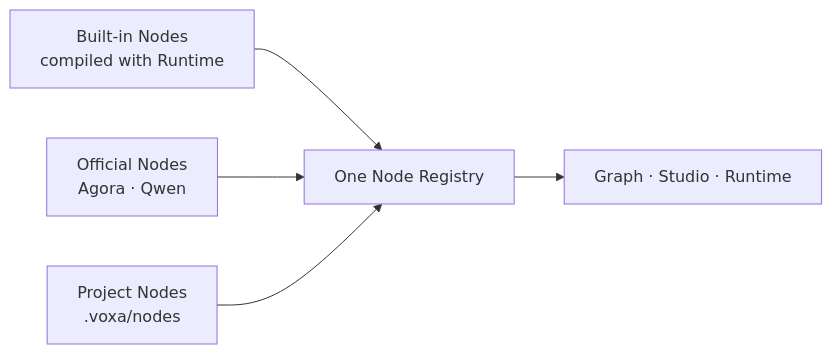
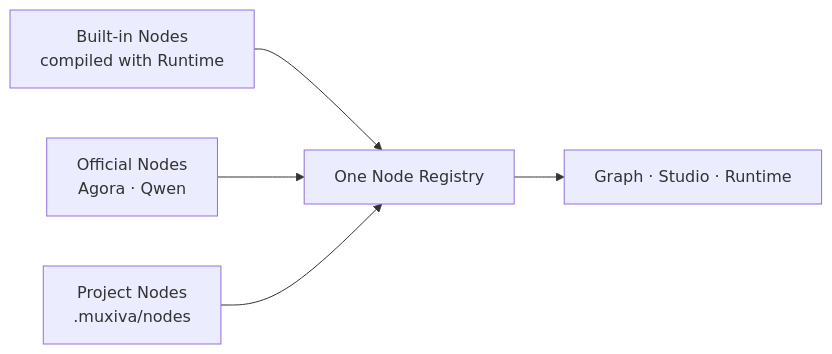
The diagram in docs/site/en/provider-architecture.md (PiyotaHu/Voxa), drawn with Mermaid before and after one commit. The commit also changed other lines of this file and 509 other files, not shown here.

Commit message:
refactor!: rebrand project as Muxiva

````diff
--- a/docs/site/en/provider-architecture.md
+++ b/docs/site/en/provider-architecture.md
@@ -7,7 +7,7 @@
 ```mermaid
 flowchart LR
   B["Built-in Nodes<br/>compiled with Runtime"] --> R["One Node Registry"]
   O["Official Nodes<br/>Agora · Qwen"] --> R
-  P["Project Nodes<br/>.voxa/nodes"] --> R
+  P["Project Nodes<br/>.muxiva/nodes"] --> R
   R --> G["Graph · Studio · Runtime"]
 ```
````
